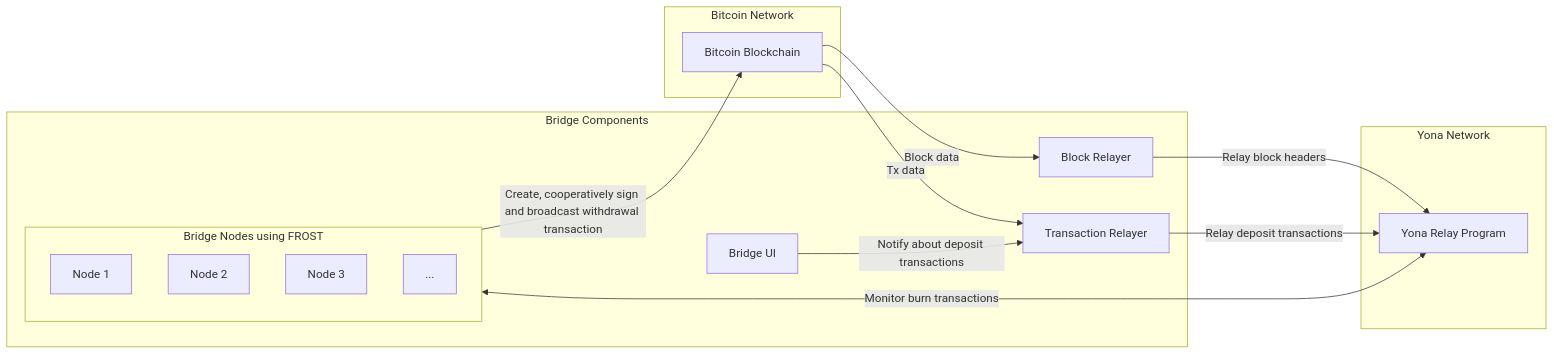
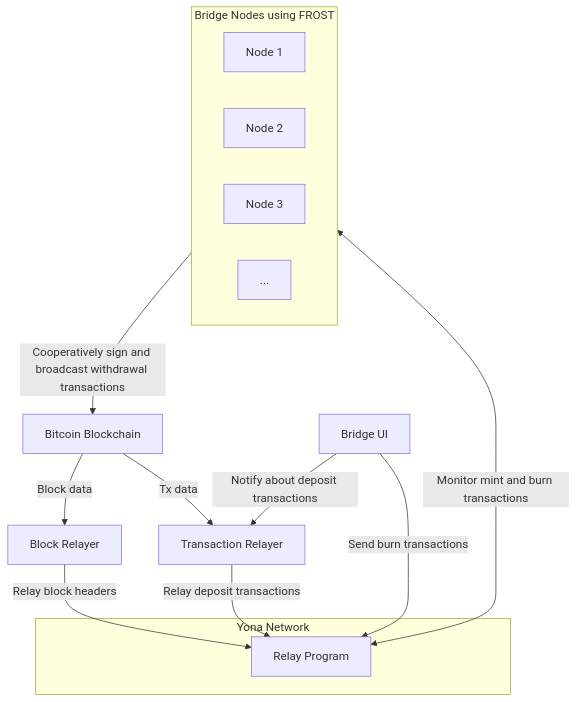
One commit to Yona-Labs/bitcoin-svm-bridge changed the diagram in README.md. Above: the diagram before and after it, drawn with Mermaid. The commit also changed 1 other file, not shown here.

Commit message:
Update bridge architecture diagram.

````diff
--- a/README.md
+++ b/README.md
@@ -18,34 +18,27 @@
 ```mermaid
-flowchart LR
-%% Bitcoin Network
-    subgraph Bitcoin["Bitcoin Network"]
-        BTC["Bitcoin Blockchain"]
+flowchart TD
+    BTC["Bitcoin Blockchain"]
+    
+    UI["Bridge UI"]
+    subgraph Nodes["Bridge Nodes using FROST"]
+        Node1["Node 1"]
+        Node2["Node 2"]
+        Node3["Node 3"]
+        More["..."]
+    end
+    BR["Block Relayer"]
+    TR["Transaction Relayer"]
+
+    subgraph Yona["Yona Network"]
+        YRP["Relay Program"]
     end
 
-%% Bridge Components
-    subgraph Bridge["Bridge Components"]
-        UI["Bridge UI"]
-        subgraph Nodes["Bridge Nodes using FROST"]
-            Node1["Node 1"]
-            Node2["Node 2"]
-            Node3["Node 3"]
-            More["..."]
-        end
-        BR["Block Relayer"]
-        TR["Transaction Relayer"]
-    end
-
-%% Yona Network
-    subgraph Yona["Yona Network"]
-        YRP["Yona Relay Program"]
-    end
-
-%% Connections
     BTC -->|Block data| BR
     BTC -->|Tx data| TR
     BR -->|Relay block headers| YRP
     TR -->|Relay deposit transactions| YRP
+    UI -->|Send burn transactions| YRP
     UI -->|Notify about deposit transactions| TR
-    Nodes -->|Create, cooperatively sign and broadcast withdrawal transaction| BTC
-    Nodes <-->|Monitor burn transactions| YRP
+    Nodes -->|Cooperatively sign and broadcast withdrawal transactions| BTC
+    Nodes <-->|Monitor mint and burn transactions| YRP
 ```
````
